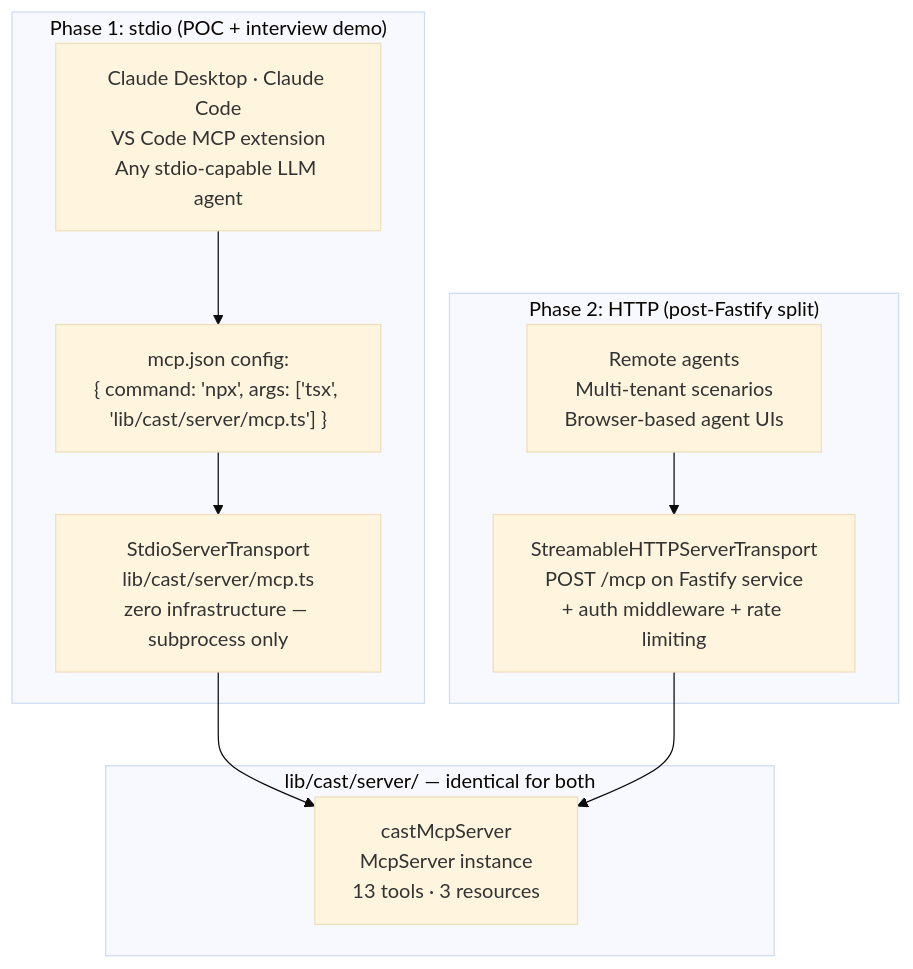
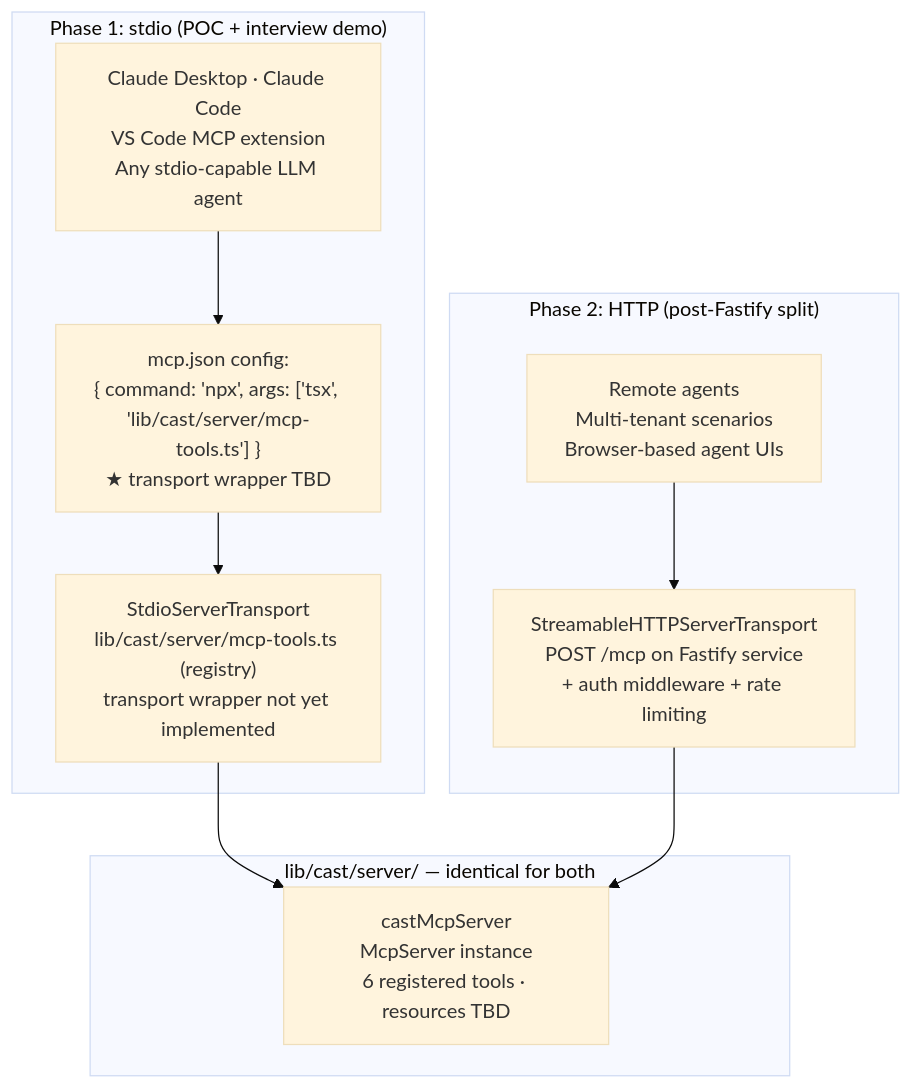
One commit to arndvs/cast changed the seventh of 10 diagrams in docs/v2-backend-evolution/flow-diagrams-v2.md. Above: the diagram before and after it, drawn with Mermaid (base theme). The commit also changed 1 other file, not shown here.

Commit message:
docs: fix mcp.ts → mcp-tools.ts refs, update tool count 13→6
- user-stories-v2: mcp.ts tool stubs → mcp-tools.ts tool registry
- flow-diagrams-v2: 13 tools · 3 resources → 6 registered tools · resources TBD
- flow-diagrams-v2: stdio transport references mcp-tools.ts registry,
  marks transport wrapper as not yet implemented

````diff
--- a/docs/v2-backend-evolution/flow-diagrams-v2.md
+++ b/docs/v2-backend-evolution/flow-diagrams-v2.md
@@ -198,22 +198,22 @@
 ```mermaid
 flowchart TB
     subgraph Phase1["Phase 1: stdio (POC + interview demo)"]
         Agent1["Claude Desktop · Claude Code<br/>VS Code MCP extension<br/>Any stdio-capable LLM agent"]
-        MCPConfig["mcp.json config:<br/>{ command: 'npx', args: ['tsx', 'lib/cast/server/mcp.ts'] }"]
-        StdioTransport["StdioServerTransport<br/>lib/cast/server/mcp.ts<br/>zero infrastructure — subprocess only"]
+        MCPConfig["mcp.json config:<br/>{ command: 'npx', args: ['tsx', 'lib/cast/server/mcp-tools.ts'] }<br/>★ transport wrapper TBD"]
+        StdioTransport["StdioServerTransport<br/>lib/cast/server/mcp-tools.ts (registry)<br/>transport wrapper not yet implemented"]
         Agent1 --> MCPConfig --> StdioTransport
     end
 
     subgraph Phase2["Phase 2: HTTP (post-Fastify split)"]
         Agent2["Remote agents<br/>Multi-tenant scenarios<br/>Browser-based agent UIs"]
         HTTPTransport["StreamableHTTPServerTransport<br/>POST /mcp on Fastify service<br/>+ auth middleware + rate limiting"]
         Agent2 --> HTTPTransport
     end
 
     subgraph Core["lib/cast/server/ — identical for both"]
-        CastMCPServer["castMcpServer<br/>McpServer instance<br/>13 tools · 3 resources"]
+        CastMCPServer["castMcpServer<br/>McpServer instance<br/>6 registered tools · resources TBD"]
     end
 
     StdioTransport --> CastMCPServer
     HTTPTransport --> CastMCPServer
 ```
````
